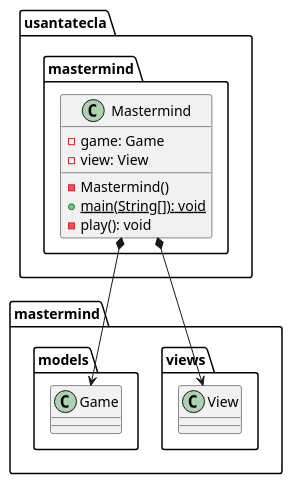
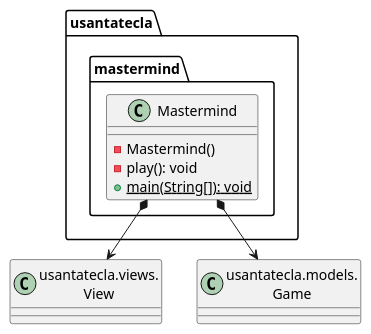
Before and after one commit to SantaTecla-mastermind/solution.java.swing.socket.sql: the first of 4 diagrams in documentView/console/docs/diagrams/src/paquetes.plantuml, drawn with PlantUML. The commit also changed other lines of this file and 13 other files, not shown here.

```diff
--- a/documentView/console/docs/diagrams/src/paquetes.plantuml
+++ b/documentView/console/docs/diagrams/src/paquetes.plantuml
@@ -1,13 +1,13 @@
-@startuml mastermind
+@startuml usantatecla.mastermind
+class View as "usantatecla.views.\nView"
+class Game as "usantatecla.models.\nGame"
+
 class usantatecla.mastermind.Mastermind{
-- game: Game
-- view: View
-- Mastermind()
-+ {static} main(String[]): void
-- play(): void
+    - Mastermind()
+    - play(): void
+    + {static} main(String[]): void
 }
-
-usantatecla.mastermind.Mastermind *-down-> mastermind.views.View
-usantatecla.mastermind.Mastermind *-down-> mastermind.models.Game
+usantatecla.mastermind.Mastermind *-down-> View
+usantatecla.mastermind.Mastermind *-down-> Game
 
 @enduml
```
